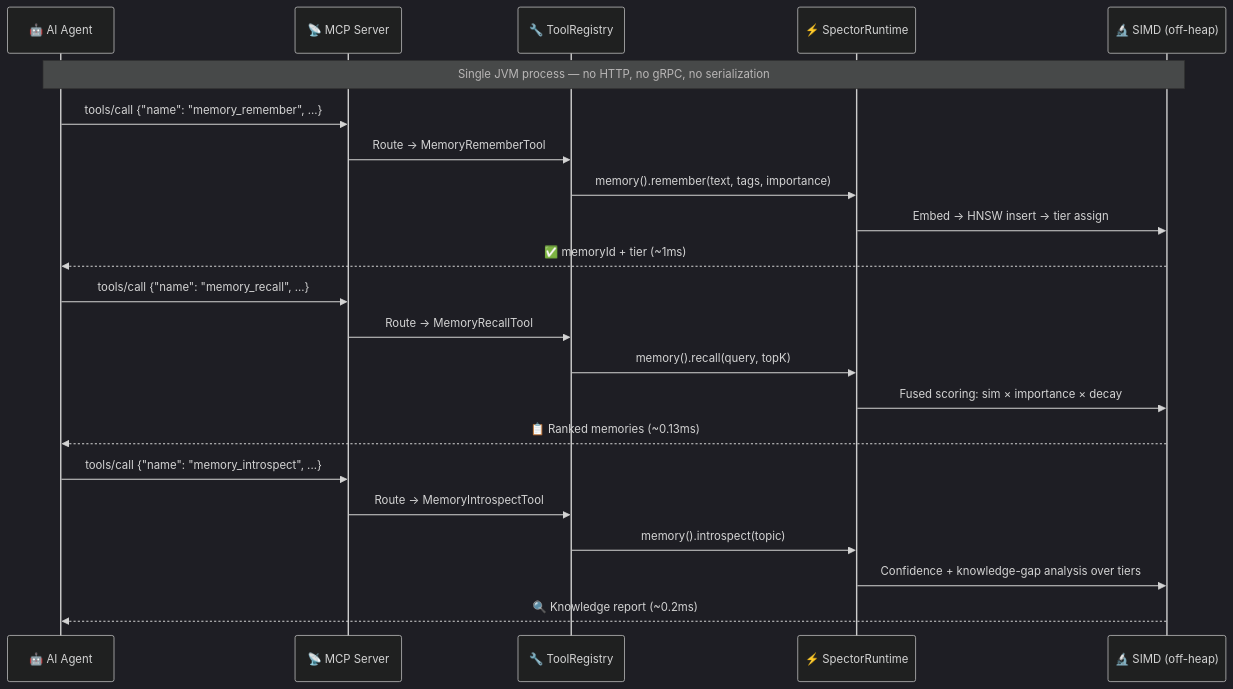
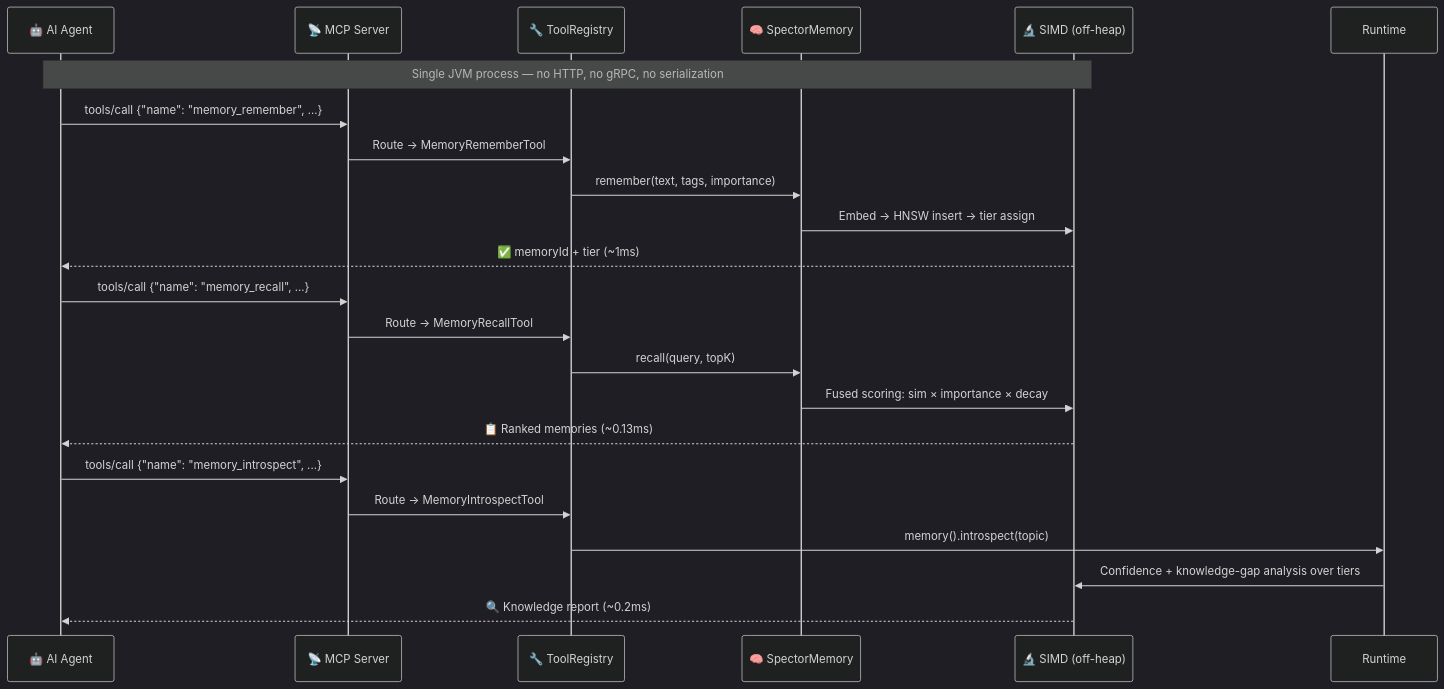
One commit to spectrayan/spector changed the fifth of 12 diagrams in docs/docs/architecture/overview.md. Above: the diagram before and after it, drawn with Mermaid (dark theme). The commit also changed other lines of this file and 125 other files, not shown here.

````diff
--- a/docs/docs/architecture/overview.md
+++ b/docs/docs/architecture/overview.md
@@ -216,28 +216,28 @@
 ```mermaid
 sequenceDiagram
     participant Agent as 🤖 AI Agent
     participant MCP as 📡 MCP Server
     participant Tools as 🔧 ToolRegistry
-    participant Runtime as ⚡ SpectorRuntime
+    participant Memory as 🧠 SpectorMemory
     participant SIMD as 🔬 SIMD (off-heap)
 
     Note over Agent,SIMD: Single JVM process — no HTTP, no gRPC, no serialization
 
     Agent->>MCP: tools/call {"name": "memory_remember", ...}
     MCP->>Tools: Route → MemoryRememberTool
-    Tools->>Runtime: memory().remember(text, tags, importance)
-    Runtime->>SIMD: Embed → HNSW insert → tier assign
+    Tools->>Memory: remember(text, tags, importance)
+    Memory->>SIMD: Embed → HNSW insert → tier assign
     SIMD-->>Agent: ✅ memoryId + tier (~1ms)
 
     Agent->>MCP: tools/call {"name": "memory_recall", ...}
     MCP->>Tools: Route → MemoryRecallTool
-    Tools->>Runtime: memory().recall(query, topK)
-    Runtime->>SIMD: Fused scoring: sim × importance × decay
+    Tools->>Memory: recall(query, topK)
+    Memory->>SIMD: Fused scoring: sim × importance × decay
     SIMD-->>Agent: 📋 Ranked memories (~0.13ms)
 
     Agent->>MCP: tools/call {"name": "memory_introspect", ...}
     MCP->>Tools: Route → MemoryIntrospectTool
     Tools->>Runtime: memory().introspect(topic)
     Runtime->>SIMD: Confidence + knowledge-gap analysis over tiers
     SIMD-->>Agent: 🔍 Knowledge report (~0.2ms)
 ```
````
